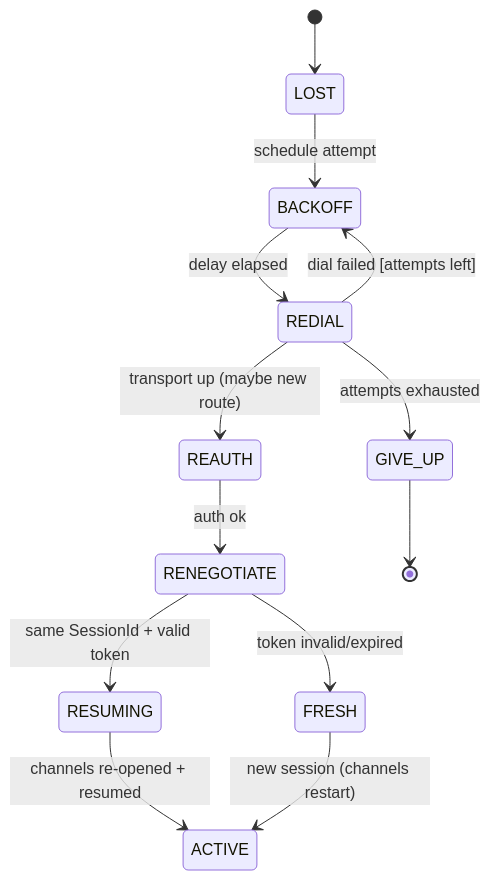
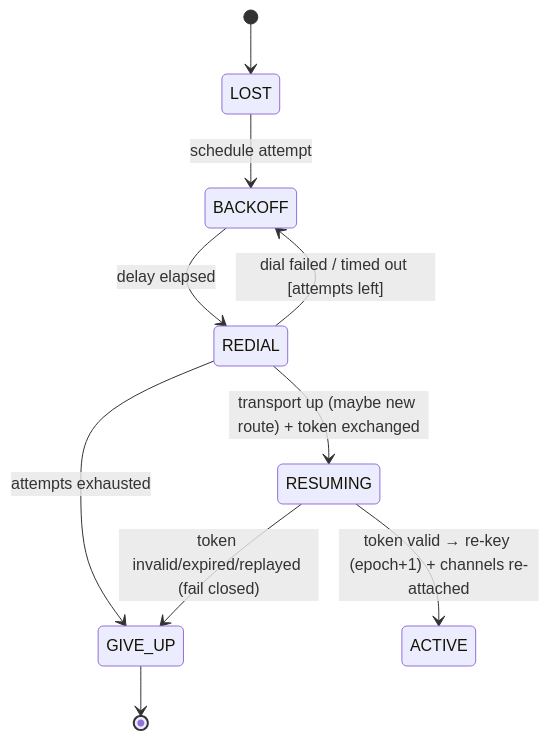
Before and after one commit to alpha-neo-omega/PeerBeam: the seventh of 7 diagrams in docs/STATE_MACHINES.md, drawn with Mermaid. The commit also changed other lines of this file and 16 other files, not shown here.

````diff
--- a/docs/STATE_MACHINES.md
+++ b/docs/STATE_MACHINES.md
@@ -172,15 +178,12 @@
 ```mermaid
 stateDiagram-v2
     [*] --> LOST
     LOST --> BACKOFF: schedule attempt
     BACKOFF --> REDIAL: delay elapsed
-    REDIAL --> REAUTH: transport up (maybe new route)
-    REDIAL --> BACKOFF: dial failed [attempts left]
+    REDIAL --> RESUMING: transport up (maybe new route) + token exchanged
+    REDIAL --> BACKOFF: dial failed / timed out [attempts left]
     REDIAL --> GIVE_UP: attempts exhausted
-    REAUTH --> RENEGOTIATE: auth ok
-    RENEGOTIATE --> RESUMING: same SessionId + valid token
-    RENEGOTIATE --> FRESH: token invalid/expired
-    RESUMING --> ACTIVE: channels re-opened + resumed
-    FRESH --> ACTIVE: new session (channels restart)
+    RESUMING --> ACTIVE: token valid → re-key (epoch+1) + channels re-attached
+    RESUMING --> GIVE_UP: token invalid/expired/replayed (fail closed)
     GIVE_UP --> [*]
 ```
````
